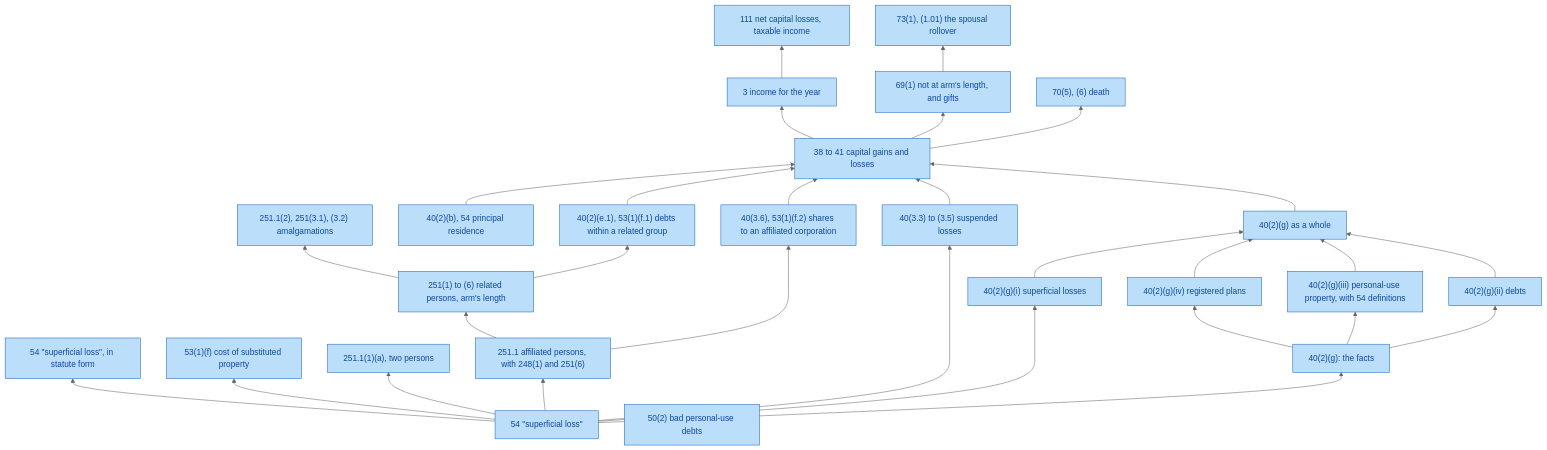
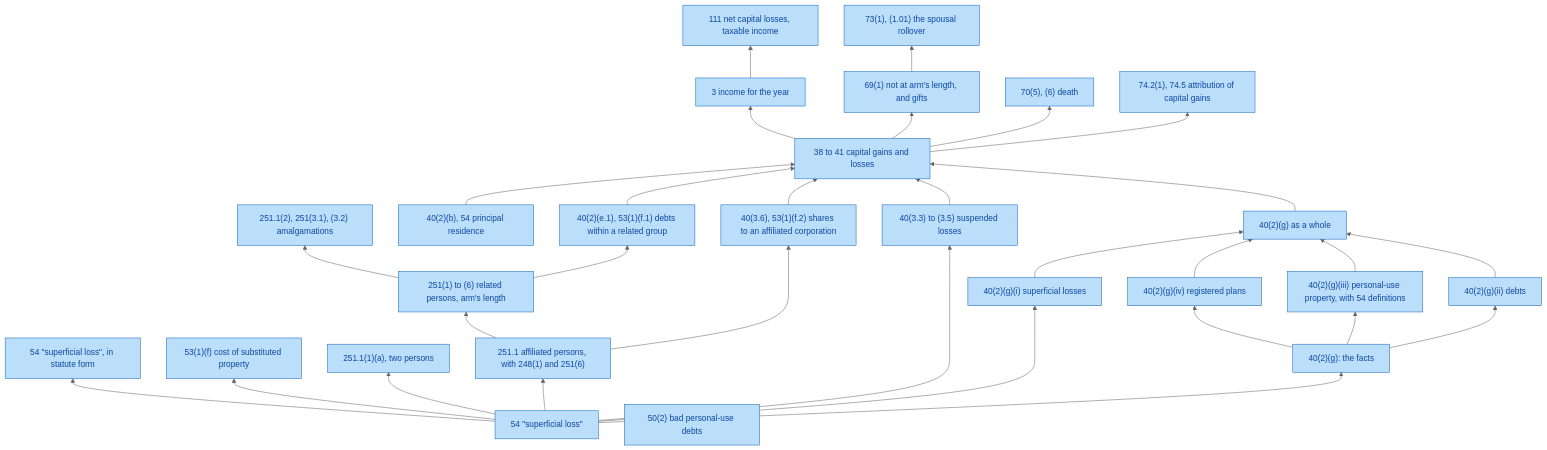
The diagram in docs/graphs/provisions.md (SeanWMurray/Canteen), drawn with Mermaid (neutral theme) before and after one commit. The commit also changed 22 other files, not shown here.

First line of the commit message:
Encode attribution of capital gains: 74.2(1), 74.5(1) and (3)

````diff
--- a/docs/graphs/provisions.md
+++ b/docs/graphs/provisions.md
@@ -7,56 +7,58 @@
 ```mermaid
 flowchart BT
   v0["54 #quot;superficial loss#quot;"]:::prov
   v1["40(2)(g)(i) superficial losses"]:::prov
   v2["54 #quot;superficial loss#quot;, in statute form"]:::prov
   v3["53(1)(f) cost of substituted property"]:::prov
   v4["251.1(1)(a), two persons"]:::prov
   v5["251.1 affiliated persons, with 248(1) and 251(6)"]:::prov
   v6["251(1) to (6) related persons, arm's length"]:::prov
   v7["251.1(2), 251(3.1), (3.2) amalgamations"]:::prov
   v8["40(2)(g): the facts"]:::prov
   v9["40(2)(g)(ii) debts"]:::prov
   v10["40(2)(g)(iii) personal-use property, with 54 definitions"]:::prov
   v11["40(2)(g)(iv) registered plans"]:::prov
   v12["40(2)(g) as a whole"]:::prov
   v13["40(3.3) to (3.5) suspended losses"]:::prov
   v14["40(3.6), 53(1)(f.2) shares to an affiliated corporation"]:::prov
   v15["40(2)(e.1), 53(1)(f.1) debts within a related group"]:::prov
   v16["40(2)(b), 54 principal residence"]:::prov
   v17["38 to 41 capital gains and losses"]:::prov
   v18["3 income for the year"]:::prov
   v19["111 net capital losses, taxable income"]:::prov
   v20["69(1) not at arm's length, and gifts"]:::prov
   v21["73(1), (1.01) the spousal rollover"]:::prov
   v22["70(5), (6) death"]:::prov
-  v23["50(2) bad personal-use debts"]:::prov
+  v23["74.2(1), 74.5 attribution of capital gains"]:::prov
+  v24["50(2) bad personal-use debts"]:::prov
   v0 --> v1
   v0 --> v2
   v0 --> v3
   v0 --> v4
   v0 --> v5
   v5 --> v6
   v6 --> v7
   v0 --> v8
   v8 --> v9
   v8 --> v10
   v8 --> v11
   v9 --> v12
   v10 --> v12
   v11 --> v12
   v1 --> v12
   v0 --> v13
   v5 --> v14
   v6 --> v15
   v12 --> v17
   v13 --> v17
   v14 --> v17
   v15 --> v17
   v16 --> v17
   v17 --> v18
   v18 --> v19
   v17 --> v20
   v20 --> v21
   v17 --> v22
+  v17 --> v23
   classDef prov fill:#bbdefb,stroke:#1565c0,color:#0d47a1
 ```
````
